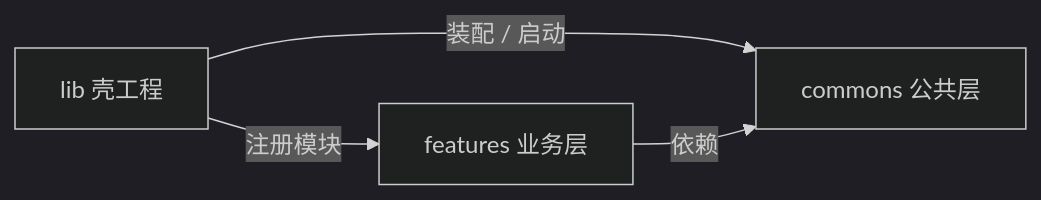
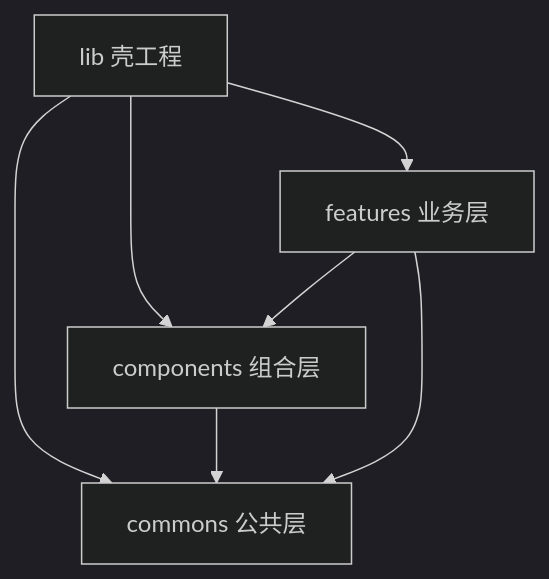
The first of 4 diagrams in docs/architecture.md (stvenfor/my_ai_project), drawn with Mermaid (dark theme) before and after one commit. The commit also changed other lines of this file and 293 other files, not shown here.

First line of the commit message:
refactor: move route to commons and infrastructure to components

````diff
--- a/docs/architecture.md
+++ b/docs/architecture.md
@@ -34,10 +29,14 @@
 ```mermaid
-flowchart LR
+flowchart TB
     lib["lib 壳工程"]
     commons["commons 公共层"]
+    components["components 组合层"]
     features["features 业务层"]
 
-    lib -->|"装配 / 启动"| commons
-    lib -->|"注册模块"| features
-    features -->|"依赖"| commons
+    lib --> commons
+    lib --> components
+    lib --> features
+    features --> components
+    features --> commons
+    components --> commons
 ```
````
